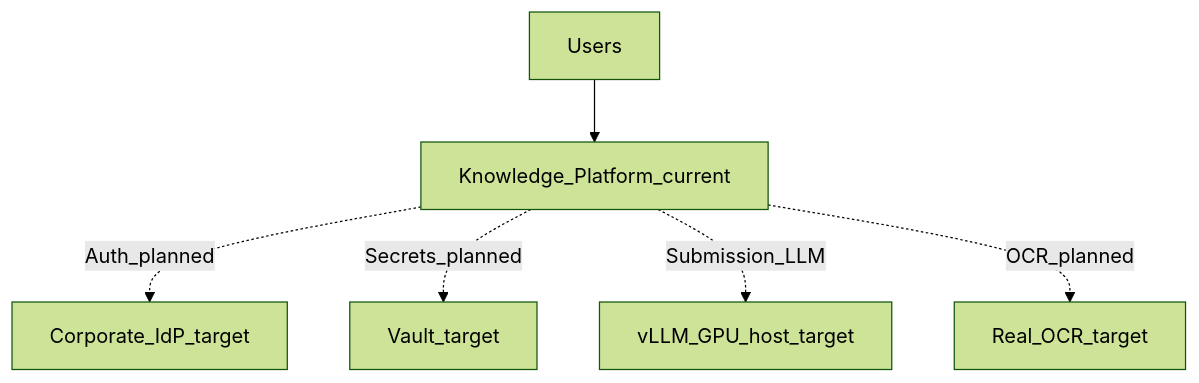
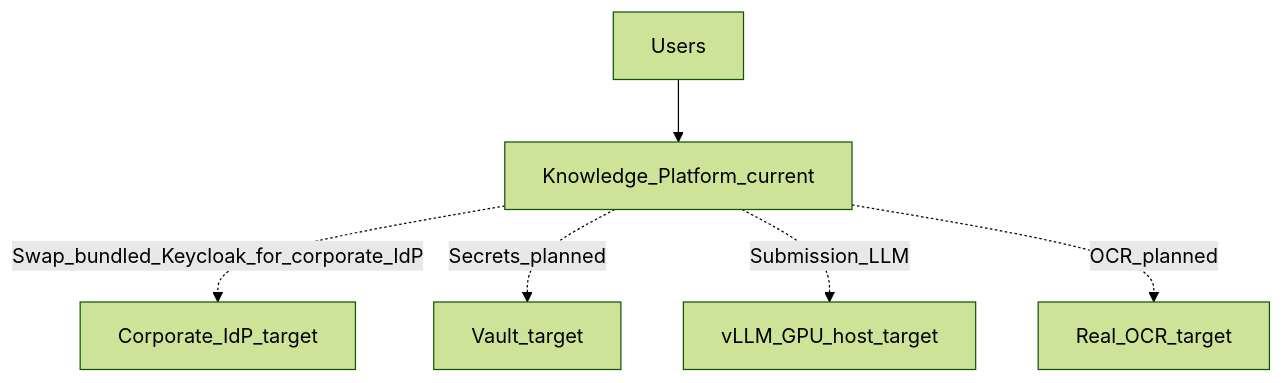
Before and after one commit to YuesIt17/yuit-docs-ai-architect-platform: the diagram in architecture/diagrams/sources/manual/target-overview.mmd, drawn with Mermaid (forest theme). The commit also changed 24 other files, not shown here.

First line of the commit message:
docs: add ADR-010 for real login and rebuild the diagrams

```diff
--- a/architecture/diagrams/sources/manual/target-overview.mmd
+++ b/architecture/diagrams/sources/manual/target-overview.mmd
@@ -1,16 +1,16 @@
 %% status: target-design
 %% view: target-overview
 %% profile: desktop
 %% dashed = planned, not implemented
 flowchart TB
   user[Users]
   kp[Knowledge_Platform_current]
   idp[Corporate_IdP_target]
   vault[Vault_target]
   vllm[vLLM_GPU_host_target]
   ocr[Real_OCR_target]
   user --> kp
-  kp -.->|Auth_planned| idp
+  kp -.->|Swap_bundled_Keycloak_for_corporate_IdP| idp
   kp -.->|Secrets_planned| vault
   kp -.->|Submission_LLM| vllm
   kp -.->|OCR_planned| ocr
```
